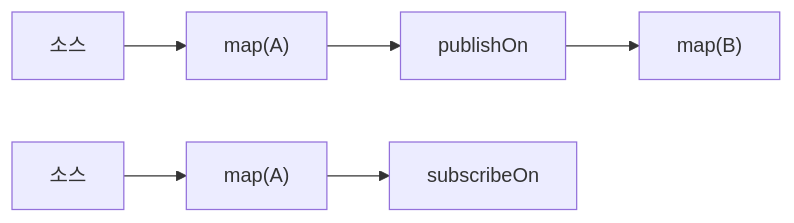
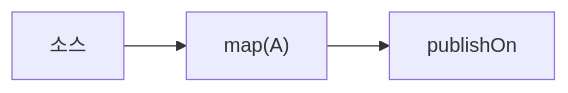
Before and after one commit to yjkim2015/yjkim2015.github.io: the seventh of 8 diagrams in _posts/spring/2026-05-01-spring-webflux.md, drawn with Mermaid. The commit also changed other lines of this file and 132 other files, not shown here.

First line of the commit message:
Mermaid 다이어그램 가독성 정리: 단순 제거, 노드 축소, TD→LR 변환

````diff
--- a/_posts/spring/2026-05-01-spring-webflux.md
+++ b/_posts/spring/2026-05-01-spring-webflux.md
@@ -435,8 +433,5 @@
 ```mermaid
 graph LR
     PA["소스"] --> PB["map(A)"]
     PB --> PC["publishOn"]
-    PC --> PD["map(B)"]
-    SA["소스"] --> SB["map(A)"]
-    SB --> SD["subscribeOn"]
 ```
````
